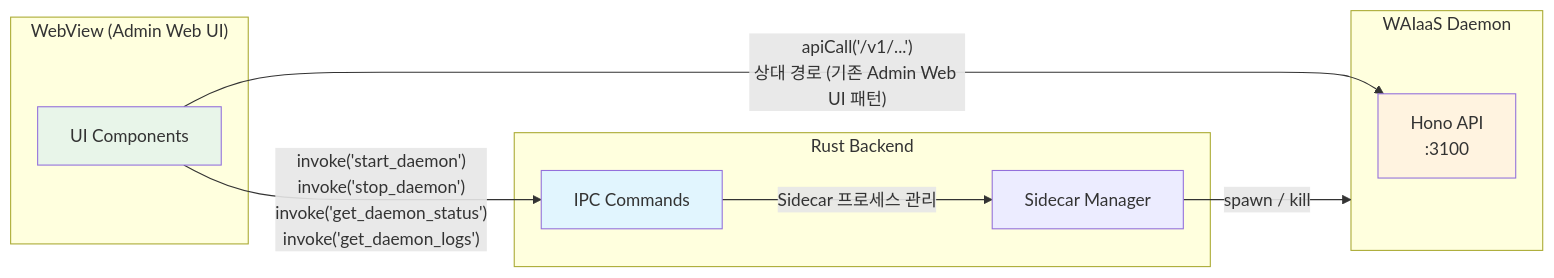
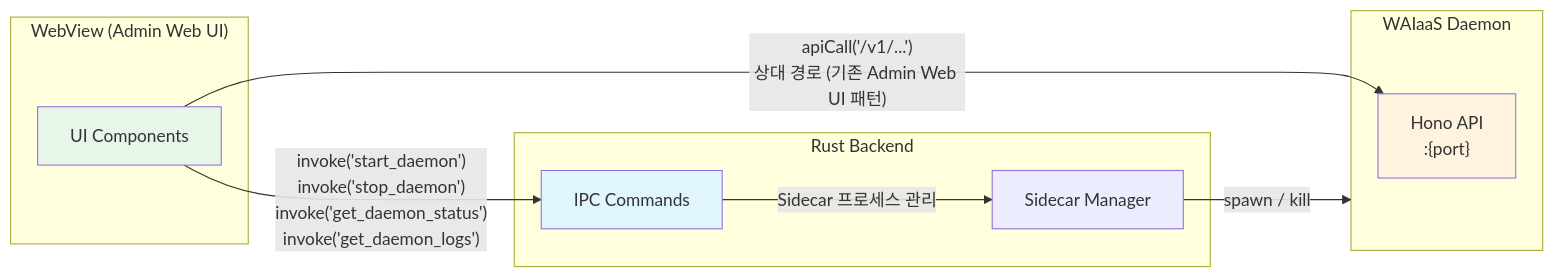
The second of 9 diagrams in internal/design/39-tauri-desktop-architecture.md (minhoyoo-iotrust/WAIaaS), drawn with Mermaid before and after one commit. The commit also changed other lines of this file, not shown here.

First line of the commit message:
docs(458-01): add dynamic port allocation protocol + remove hardcoded port 3100

````diff
--- a/internal/design/39-tauri-desktop-architecture.md
+++ b/internal/design/39-tauri-desktop-architecture.md
@@ -114,25 +114,25 @@
 ```mermaid
 graph LR
     subgraph WebView["WebView (Admin Web UI)"]
         UI["UI Components"]
     end
 
     subgraph Rust["Rust Backend"]
         CMD["IPC Commands"]
         SC["Sidecar Manager"]
     end
 
     subgraph Daemon["WAIaaS Daemon"]
-        API["Hono API<br/>:3100"]
+        API["Hono API<br/>:{port}"]
     end
 
     UI -->|"invoke('start_daemon')<br/>invoke('stop_daemon')<br/>invoke('get_daemon_status')<br/>invoke('get_daemon_logs')"| CMD
     CMD -->|"Sidecar 프로세스 관리"| SC
     SC -->|"spawn / kill"| Daemon
 
     UI -->|"apiCall('/v1/...')<br/>상대 경로 (기존 Admin Web UI 패턴)"| API
 
     style UI fill:#e8f5e9
     style CMD fill:#e1f5fe
     style API fill:#fff3e0
 ```
````
